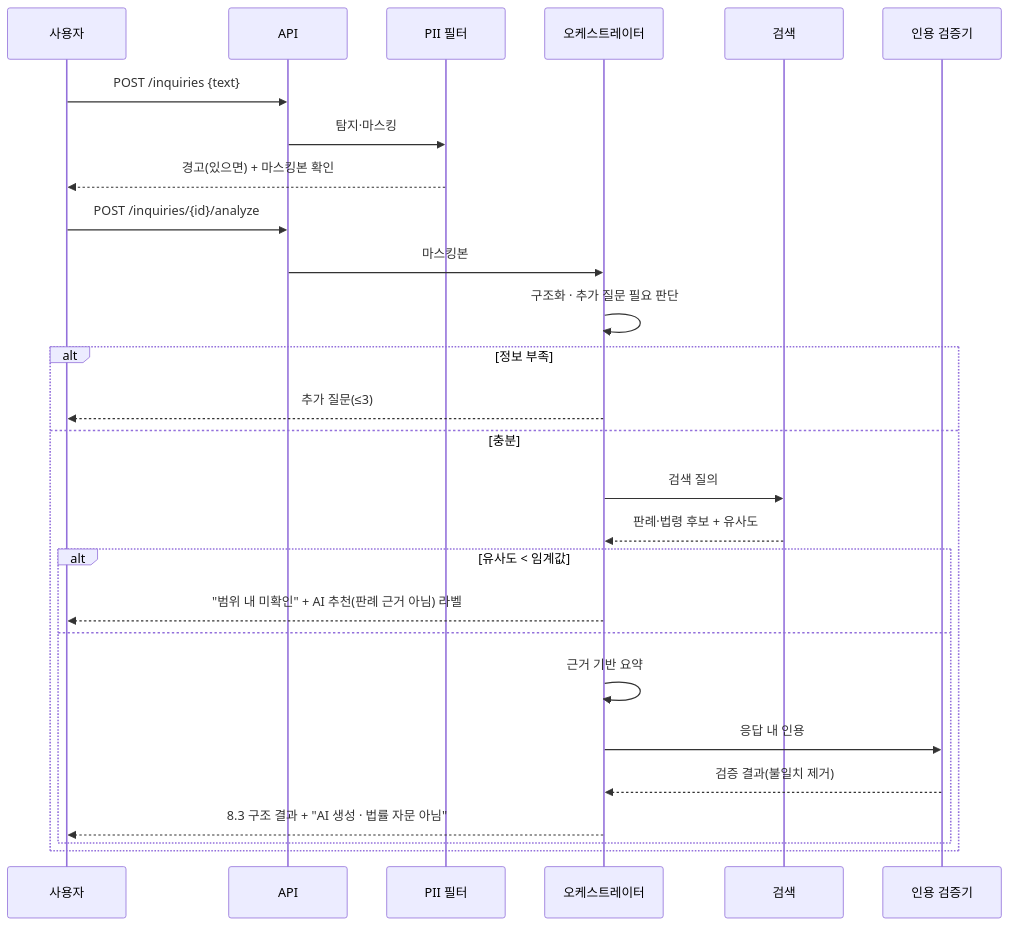
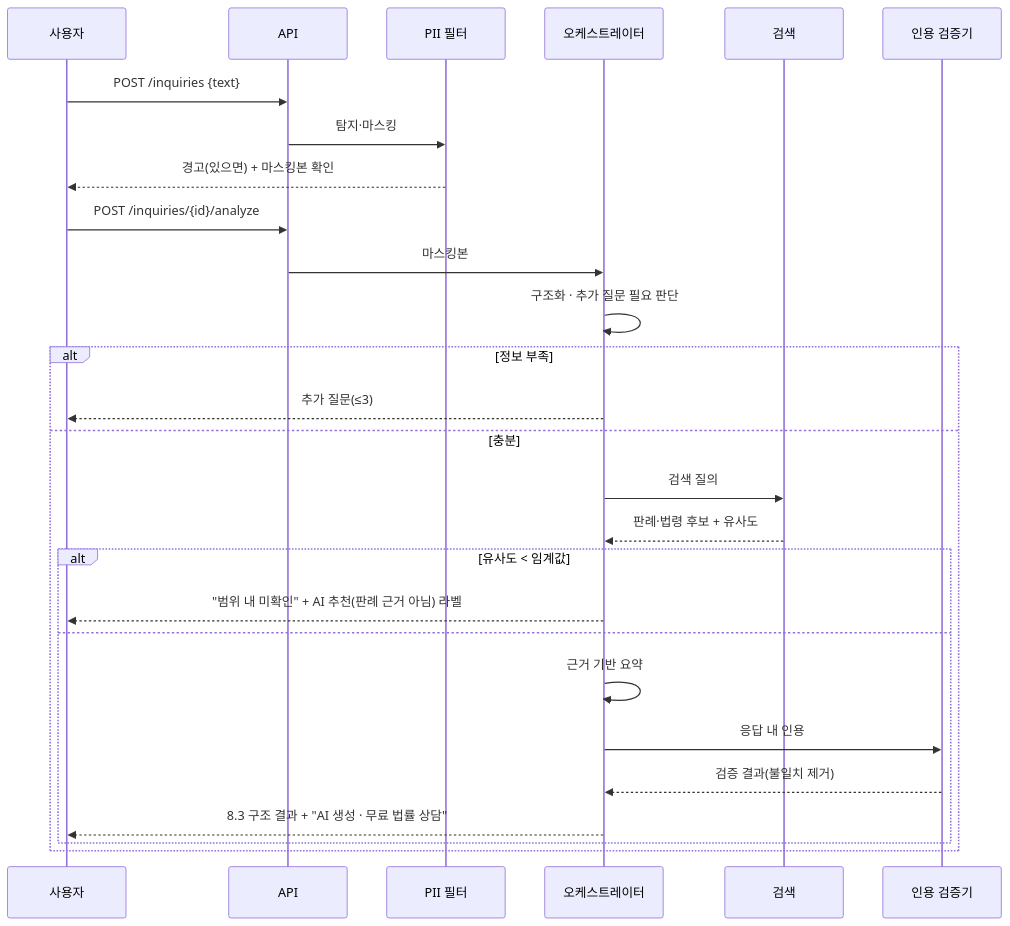
The second of 4 diagrams in docs/ARCHITECTURE.md (rev3095/hamzzi_courthouse), drawn with Mermaid before and after one commit. The commit also changed other lines of this file and 72 other files, not shown here.

````diff
--- a/docs/ARCHITECTURE.md
+++ b/docs/ARCHITECTURE.md
@@ -87,29 +87,29 @@
 ```mermaid
 sequenceDiagram
   participant U as 사용자
   participant A as API
   participant P as PII 필터
   participant O as 오케스트레이터
   participant S as 검색
   participant V as 인용 검증기
   U->>A: POST /inquiries {text}
   A->>P: 탐지·마스킹
   P-->>U: 경고(있으면) + 마스킹본 확인
   U->>A: POST /inquiries/{id}/analyze
   A->>O: 마스킹본
   O->>O: 구조화 · 추가 질문 필요 판단
   alt 정보 부족
     O-->>U: 추가 질문(≤3)
   else 충분
     O->>S: 검색 질의
     S-->>O: 판례·법령 후보 + 유사도
     alt 유사도 < 임계값
       O-->>U: "범위 내 미확인" + AI 추천(판례 근거 아님) 라벨
     else
       O->>O: 근거 기반 요약
       O->>V: 응답 내 인용
       V-->>O: 검증 결과(불일치 제거)
-      O-->>U: 8.3 구조 결과 + "AI 생성 · 법률 자문 아님"
+      O-->>U: 8.3 구조 결과 + "AI 생성 · 무료 법률 상담"
     end
   end
 ```
````
